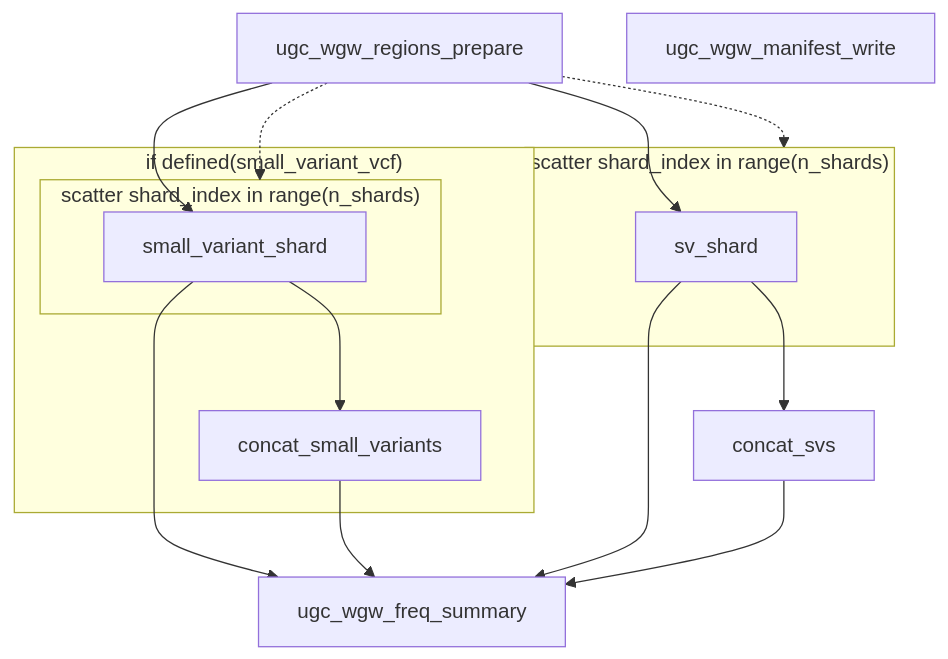
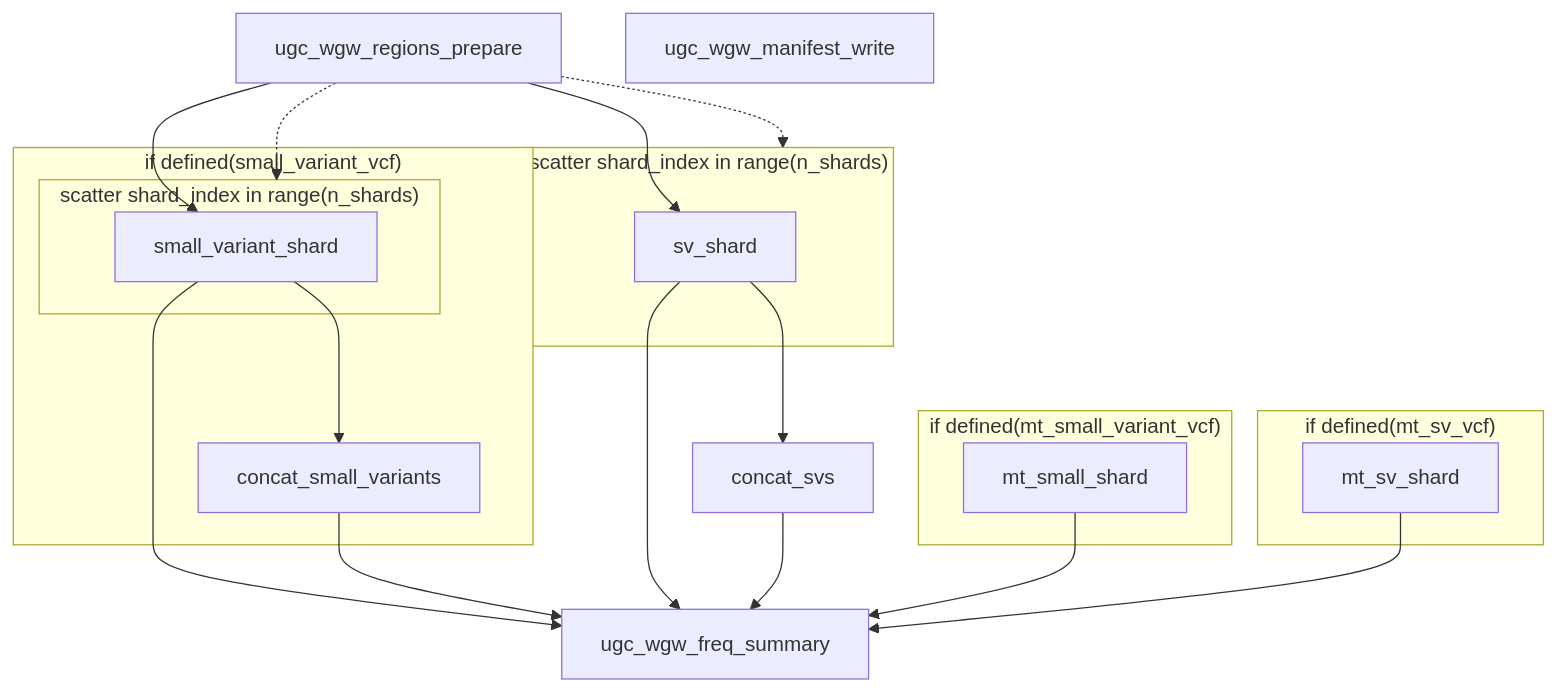
The seventh of 10 diagrams in docs/guide/workflow-graphs.md (UppsalaGenomeCenter/ugc-wgw), drawn with Mermaid before and after one commit. The commit also changed other lines of this file and 50 other files, not shown here.

First line of the commit message:
ugc-wgw 0.15.0

````diff
--- a/docs/guide/workflow-graphs.md
+++ b/docs/guide/workflow-graphs.md
@@ -454,26 +484,34 @@
 ```mermaid
 flowchart TD
   n1["ugc_wgw_regions_prepare"]
   subgraph s1["if defined(small_variant_vcf)"]
     subgraph s2["scatter shard_index in range(n_shards)"]
       n2["small_variant_shard"]
     end
     n3["concat_small_variants"]
   end
   subgraph s3["scatter shard_index in range(n_shards)"]
     n4["sv_shard"]
   end
   n5["concat_svs"]
-  n6["ugc_wgw_freq_summary"]
-  n7["ugc_wgw_manifest_write"]
+  subgraph s4["if defined(mt_small_variant_vcf)"]
+    n6["mt_small_shard"]
+  end
+  subgraph s5["if defined(mt_sv_vcf)"]
+    n7["mt_sv_shard"]
+  end
+  n8["ugc_wgw_freq_summary"]
+  n9["ugc_wgw_manifest_write"]
   n1 --> n2
   n1 --> n4
   n1 -.-> s2
   n1 -.-> s3
   n2 --> n3
-  n2 --> n6
-  n3 --> n6
+  n2 --> n8
+  n3 --> n8
   n4 --> n5
-  n4 --> n6
-  n5 --> n6
+  n4 --> n8
+  n5 --> n8
+  n6 --> n8
+  n7 --> n8
 ```
````
